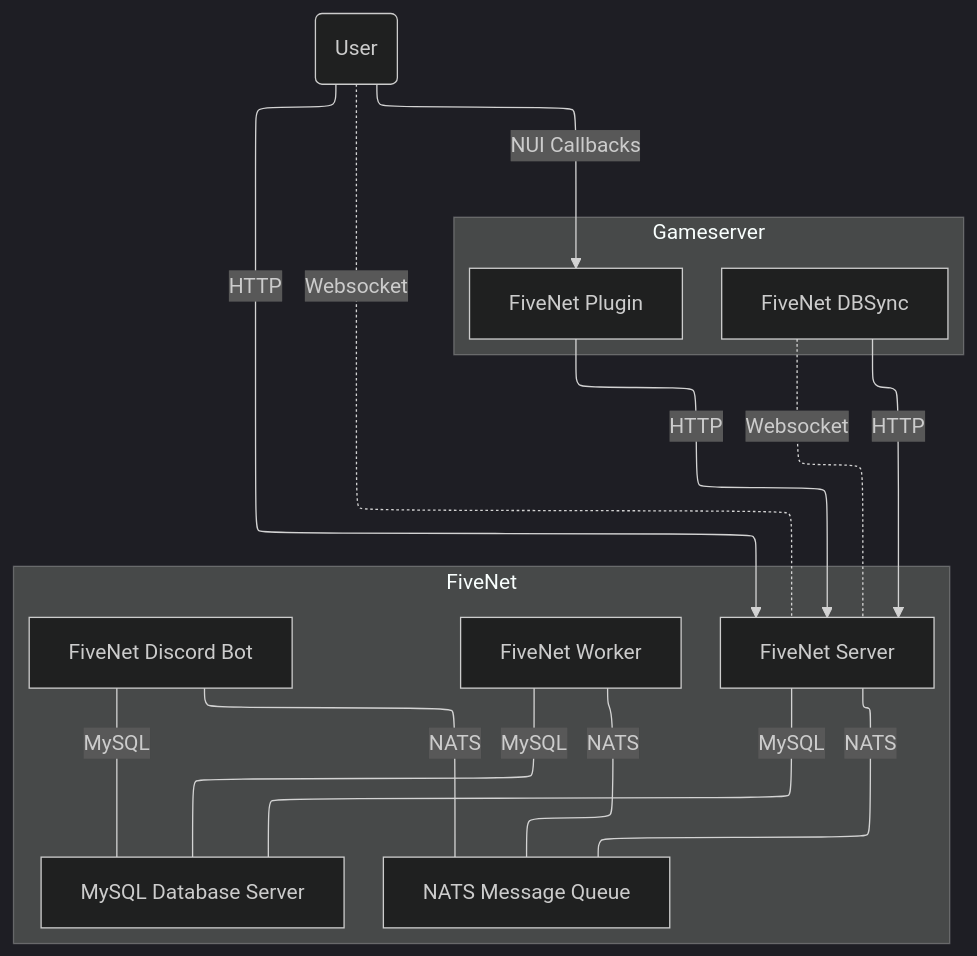
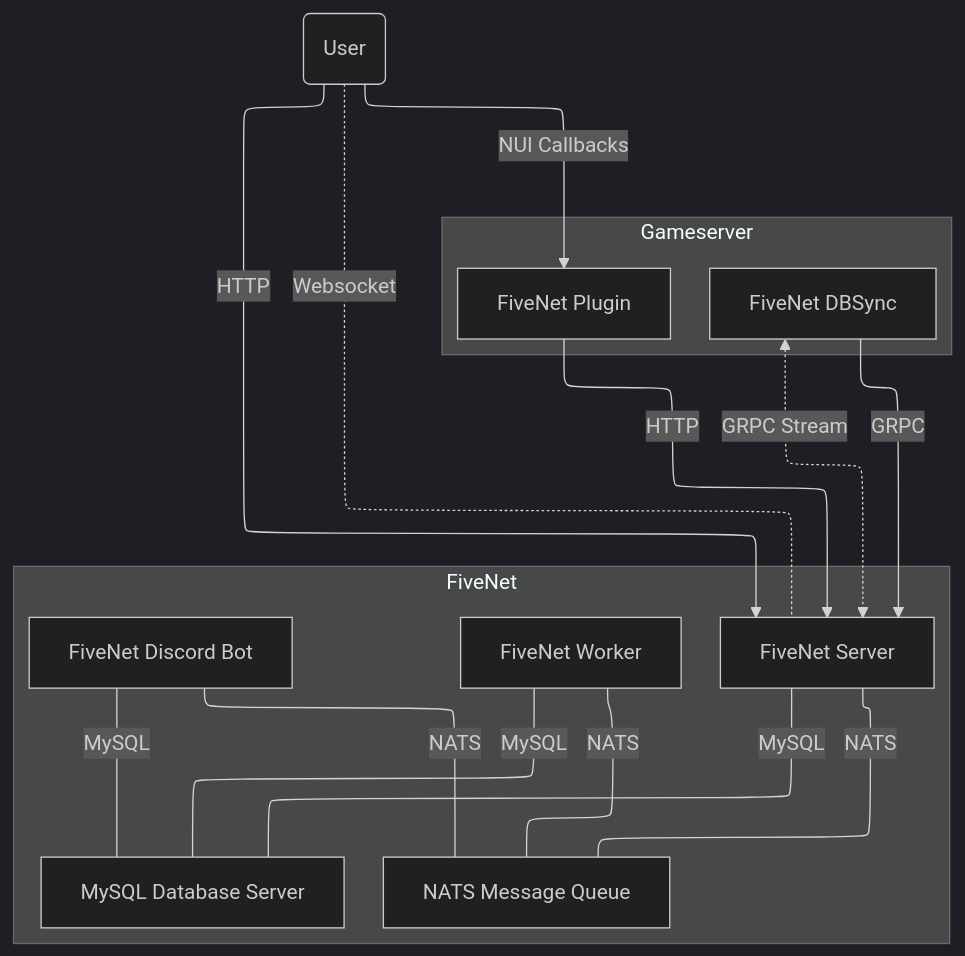
Before and after one commit to fivenet-app/fivenet-app.github.io: the diagram in content/en/1.getting-started/3.components.md, drawn with Mermaid. The commit also changed 21 other files, not shown here.

Commit message:
feat: add diagram to dbsync page

````diff
--- a/content/en/1.getting-started/3.components.md
+++ b/content/en/1.getting-started/3.components.md
@@ -10,33 +10,33 @@
 ```mermaid
 ---
 config:
   theme: dark
   layout: elk
 ---
 flowchart TD
  subgraph FiveNet["FiveNet"]
         DiscordBot["FiveNet Discord Bot"]
         Server["FiveNet Server"]
         Worker["FiveNet Worker"]
         NATS["NATS Message Queue"]
         MYSQL["MySQL Database Server"]
   end
  subgraph Gameserver["Gameserver"]
         Plugin["FiveNet Plugin"]
         DBSync["FiveNet DBSync"]
   end
     User("User") -- HTTP --> Server
     User -. Websocket .- Server
     Server -- MySQL --- MYSQL
     Worker -- MySQL --- MYSQL
     DiscordBot -- MySQL --- MYSQL
     Server -- NATS --- NATS
     Worker -- NATS --- NATS
     DiscordBot -- NATS --- NATS
     Plugin -- HTTP --> Server
-    DBSync -- HTTP --> Server
-    DBSync -. Websocket .- Server
+    DBSync -- GRPC ---> Server
+    DBSync <-. GRPC Stream ..-> Server
 
     User -- NUI Callbacks --> Plugin
 
 ```
````
